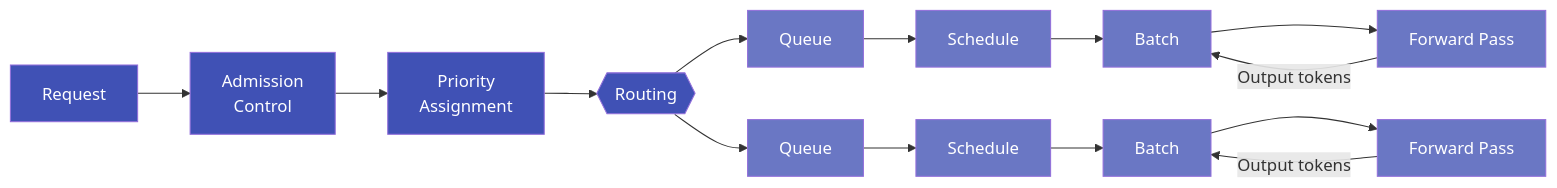
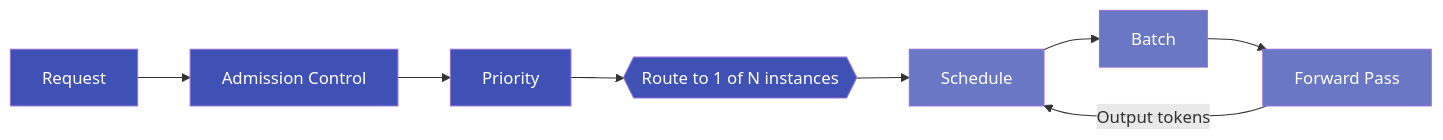
One commit to inference-sim/inference-sim changed the second of 4 diagrams in docs/blog/posts/why-simulate-before-you-scale.md. Above: the diagram before and after it, drawn with Mermaid. The commit also changed other lines of this file, not shown here.

Commit message:
fix(docs): simplify pipeline diagram — single instance, loop to scheduler
One clean flow: cluster decisions → route to 1-of-N → schedule → batch →
forward pass, with output tokens looping back to scheduling.

````diff
--- a/docs/blog/posts/why-simulate-before-you-scale.md
+++ b/docs/blog/posts/why-simulate-before-you-scale.md
@@ -50,23 +50,14 @@
 ```mermaid
 flowchart LR
-    R["Request"] --> AC["Admission<br>Control"] --> PS["Priority<br>Assignment"] --> RT{{"Routing"}}
-
-    RT --> I1_Q["Queue"] --> I1_S["Schedule"] --> I1_B["Batch"] --> I1_F["Forward Pass"]
-    I1_F -->|"Output tokens"| I1_B
-
-    RT --> I2_Q["Queue"] --> I2_S["Schedule"] --> I2_B["Batch"] --> I2_F["Forward Pass"]
-    I2_F -->|"Output tokens"| I2_B
+    R["Request"] --> AC["Admission Control"] --> PS["Priority"] --> RT{{"Route to 1 of N instances"}}
+    RT --> S["Schedule"] --> B["Batch"] --> FP["Forward Pass"]
+    FP -->|"Output tokens"| S
 
     style R fill:#4051b5,color:#fff
     style AC fill:#4051b5,color:#fff
     style PS fill:#4051b5,color:#fff
     style RT fill:#4051b5,color:#fff
-    style I1_Q fill:#6a77c4,color:#fff
-    style I1_S fill:#6a77c4,color:#fff
-    style I1_B fill:#6a77c4,color:#fff
-    style I1_F fill:#6a77c4,color:#fff
-    style I2_Q fill:#6a77c4,color:#fff
-    style I2_S fill:#6a77c4,color:#fff
-    style I2_B fill:#6a77c4,color:#fff
-    style I2_F fill:#6a77c4,color:#fff
+    style S fill:#6a77c4,color:#fff
+    style B fill:#6a77c4,color:#fff
+    style FP fill:#6a77c4,color:#fff
 ```
````
